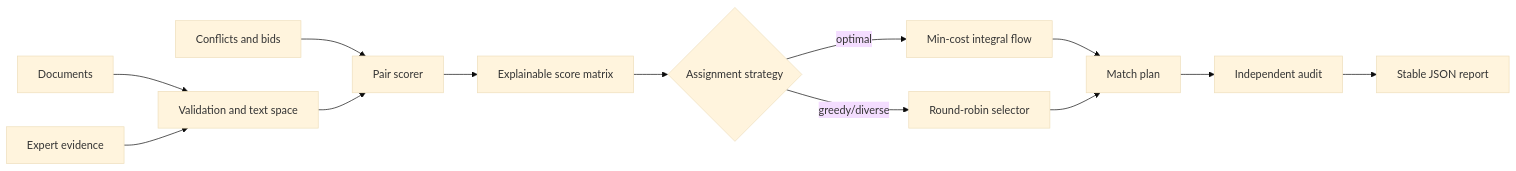
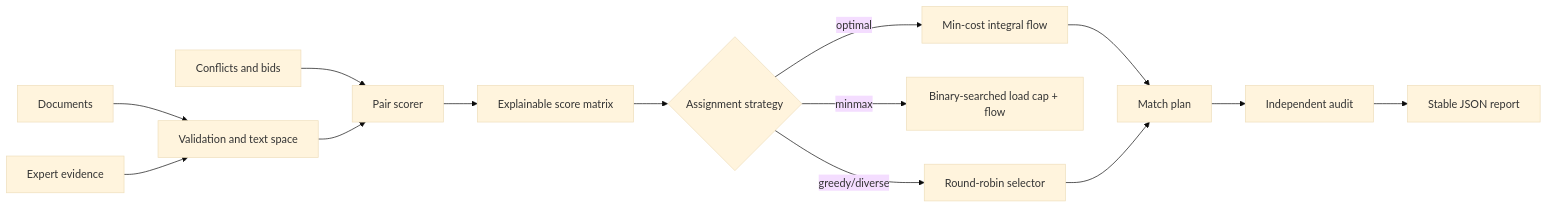
The diagram in README.md (appleweiping/PeerMatchLab), drawn with Mermaid (base theme) before and after one commit. The commit also changed other lines of this file and 7 other files, not shown here.

````diff
--- a/README.md
+++ b/README.md
@@ -98,15 +98,16 @@
 ```mermaid
 flowchart LR
     A[Documents] --> V[Validation and text space]
     B[Expert evidence] --> V
     C[Conflicts and bids] --> S[Pair scorer]
     V --> S
     S --> M[Explainable score matrix]
     M --> O{Assignment strategy}
     O -->|optimal| F[Min-cost integral flow]
+    O -->|minmax| MM[Binary-searched load cap + flow]
     O -->|greedy/diverse| G[Round-robin selector]
     F --> P[Match plan]
     G --> P
     P --> U[Independent audit]
     U --> J[Stable JSON report]
 ```
````
